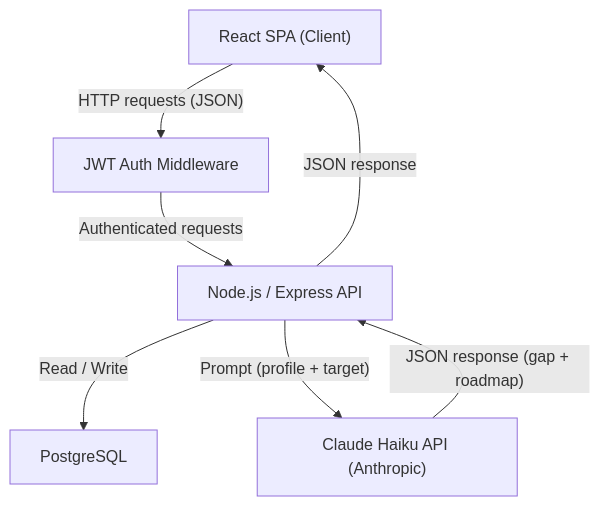
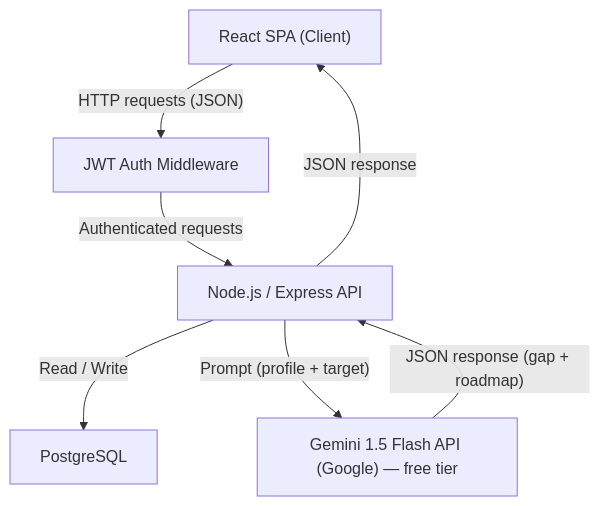
One commit to lucasscianna/SkillMap changed the first of 6 diagrams in README.md. Above: the diagram before and after it, drawn with Mermaid. The commit also changed other lines of this file and 9 other files, not shown here.

Commit message:
chore: remove Claude/Anthropic references, set Gemini as default provider

````diff
--- a/README.md
+++ b/README.md
@@ -200,15 +200,15 @@
 ```mermaid
 graph TD
     Client["React SPA (Client)"]
     API["Node.js / Express API"]
     Auth["JWT Auth Middleware"]
     DB["PostgreSQL"]
-    Claude["Claude Haiku API (Anthropic)"]
+    AI["Gemini 1.5 Flash API (Google) — free tier"]
 
     Client -->|"HTTP requests (JSON)"| Auth
     Auth -->|"Authenticated requests"| API
     API -->|"Read / Write"| DB
-    API -->|"Prompt (profile + target)"| Claude
-    Claude -->|"JSON response (gap + roadmap)"| API
+    API -->|"Prompt (profile + target)"| AI
+    AI -->|"JSON response (gap + roadmap)"| API
     API -->|"JSON response"| Client
 ```
````
